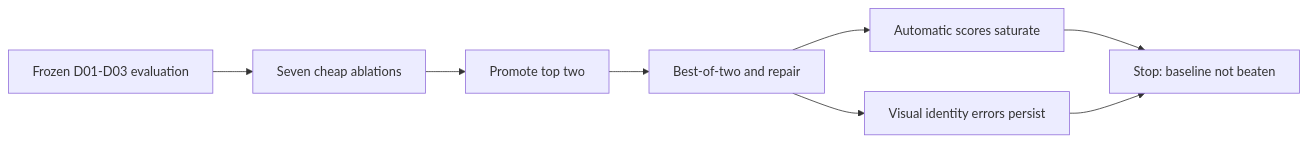
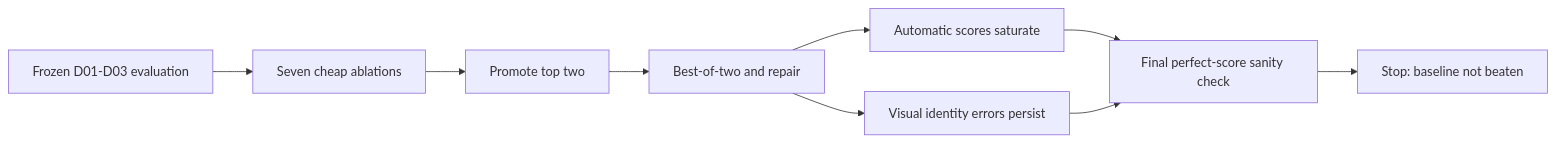
One commit to komaksym/weon-assignment changed the diagram in experiments/targeted-ablation-results.md. Above: the diagram before and after it, drawn with Mermaid. The commit also changed other lines of this file, not shown here.

First line of the commit message:
docs: include final conditioning screen

````diff
--- a/experiments/targeted-ablation-results.md
+++ b/experiments/targeted-ablation-results.md
@@ -99,10 +114,11 @@
 ```mermaid
 flowchart LR
     A[Frozen D01-D03 evaluation] --> B[Seven cheap ablations]
     B --> C[Promote top two]
     C --> D[Best-of-two and repair]
     D --> E[Automatic scores saturate]
     D --> F[Visual identity errors persist]
-    E --> G[Stop: baseline not beaten]
+    E --> G[Final perfect-score sanity check]
     F --> G
+    G --> H[Stop: baseline not beaten]
 ```
````
